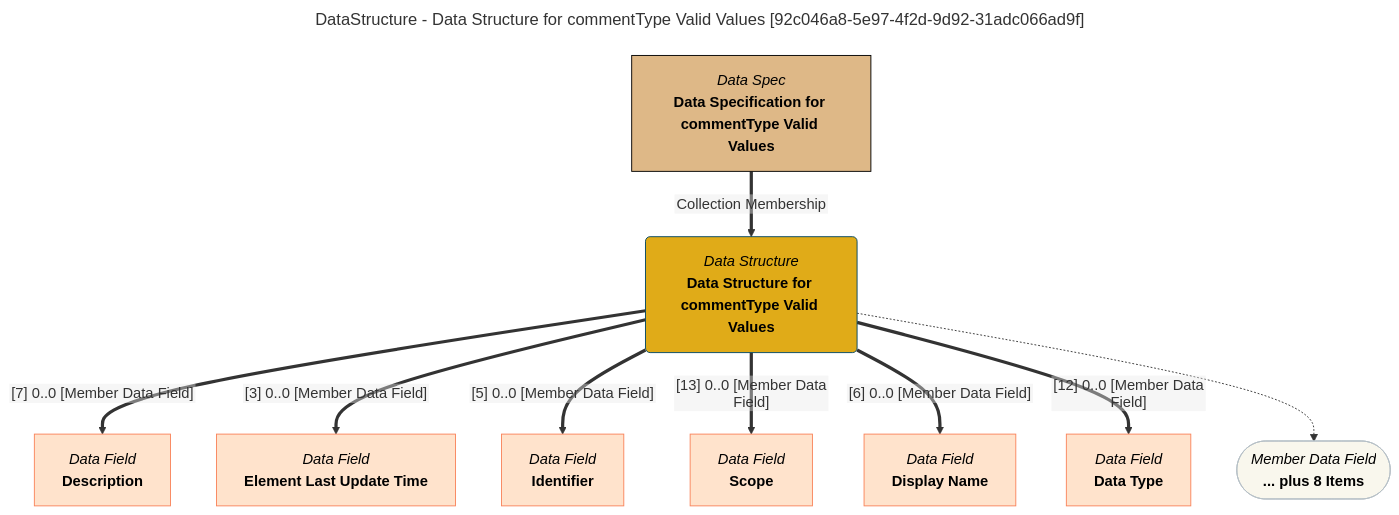
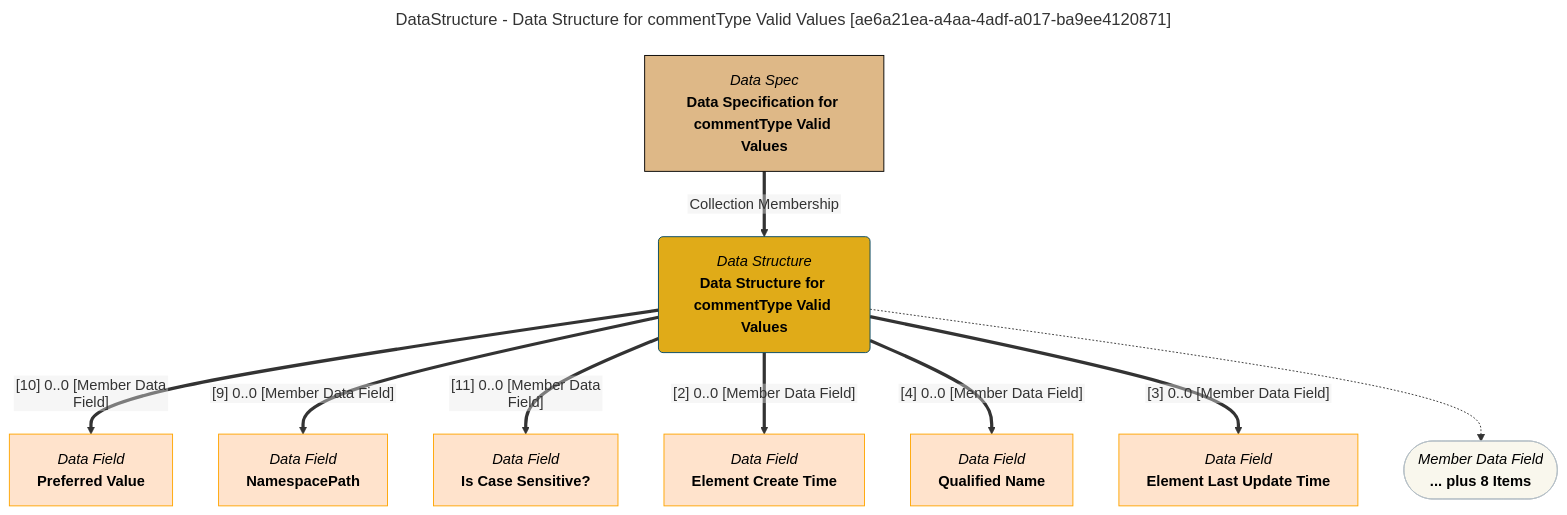
The diagram in site/snippets/data-structures/data-structure-for-commenttype-valid-values-mermaid-graph.md (odpi/egeria-docs), drawn with Mermaid before and after one commit. The commit also changed 2201 other files, not shown here.

````diff
--- a/site/snippets/data-structures/data-structure-for-commenttype-valid-values-mermaid-graph.md
+++ b/site/snippets/data-structures/data-structure-for-commenttype-valid-values-mermaid-graph.md
@@ -1,43 +1,43 @@
 ```mermaid
 ---
-title: DataStructure - Data Structure for commentType Valid Values [92c046a8-5e97-4f2d-9d92-31adc066ad9f]
+title: DataStructure - Data Structure for commentType Valid Values [ae6a21ea-a4aa-4adf-a017-ba9ee4120871]
 ---
 flowchart TD
 %%{init: {"flowchart": {"htmlLabels": false}} }%%
 
 1@{ shape: rounded, label: "*Data Structure*
 **Data Structure for commentType Valid Values**"}
 2@{ shape: rect, label: "*Data Spec*
 **Data Specification for commentType Valid Values**"}
 2==>|"Collection Membership"|1
 3@{ shape: rect, label: "*Data Field*
-**Description**"}
-1==>|"[7] 0..0 [Member Data Field]"|3
+**Preferred Value**"}
+1==>|"[10] 0..0 [Member Data Field]"|3
 4@{ shape: rect, label: "*Data Field*
+**NamespacePath**"}
+1==>|"[9] 0..0 [Member Data Field]"|4
+5@{ shape: rect, label: "*Data Field*
+**Is Case Sensitive?**"}
+1==>|"[11] 0..0 [Member Data Field]"|5
+6@{ shape: rect, label: "*Data Field*
+**Element Create Time**"}
+1==>|"[2] 0..0 [Member Data Field]"|6
+7@{ shape: rect, label: "*Data Field*
+**Qualified Name**"}
+1==>|"[4] 0..0 [Member Data Field]"|7
+8@{ shape: rect, label: "*Data Field*
 **Element Last Update Time**"}
-1==>|"[3] 0..0 [Member Data Field]"|4
-5@{ shape: rect, label: "*Data Field*
-**Identifier**"}
-1==>|"[5] 0..0 [Member Data Field]"|5
-6@{ shape: rect, label: "*Data Field*
-**Scope**"}
-1==>|"[13] 0..0 [Member Data Field]"|6
-7@{ shape: rect, label: "*Data Field*
-**Display Name**"}
-1==>|"[6] 0..0 [Member Data Field]"|7
-8@{ shape: rect, label: "*Data Field*
-**Data Type**"}
-1==>|"[12] 0..0 [Member Data Field]"|8
+1==>|"[3] 0..0 [Member Data Field]"|8
 9@{ shape: stadium, label: "*Member Data Field*
 **... plus 8 Items**"}
 1-.->9
 style 1 color:#000000, fill:#e0ab18, stroke:#004563
-style 2 color:#000000, fill:#deb887, stroke:#000000
-style 3 color:#000000, fill:#ffe3cc, stroke:#f9845b
-style 4 color:#000000, fill:#ffe3cc, stroke:#f9845b
-style 5 color:#000000, fill:#ffe3cc, stroke:#f9845b
-style 6 color:#000000, fill:#ffe3cc, stroke:#f9845b
-style 7 color:#000000, fill:#ffe3cc, stroke:#f9845b
-style 8 color:#000000, fill:#ffe3cc, stroke:#f9845b
+style 2 color:#000000, fill:#DEB887, stroke:#000000
+style 3 color:#000000, fill:#ffe3cc, stroke:#FFA500
+style 4 color:#000000, fill:#ffe3cc, stroke:#FFA500
+style 5 color:#000000, fill:#ffe3cc, stroke:#FFA500
+style 6 color:#000000, fill:#ffe3cc, stroke:#FFA500
+style 7 color:#000000, fill:#ffe3cc, stroke:#FFA500
+style 8 color:#000000, fill:#ffe3cc, stroke:#FFA500
 style 9 color:#000000, fill:#F9F7ED, stroke:#b7c0c7
 ```
````
